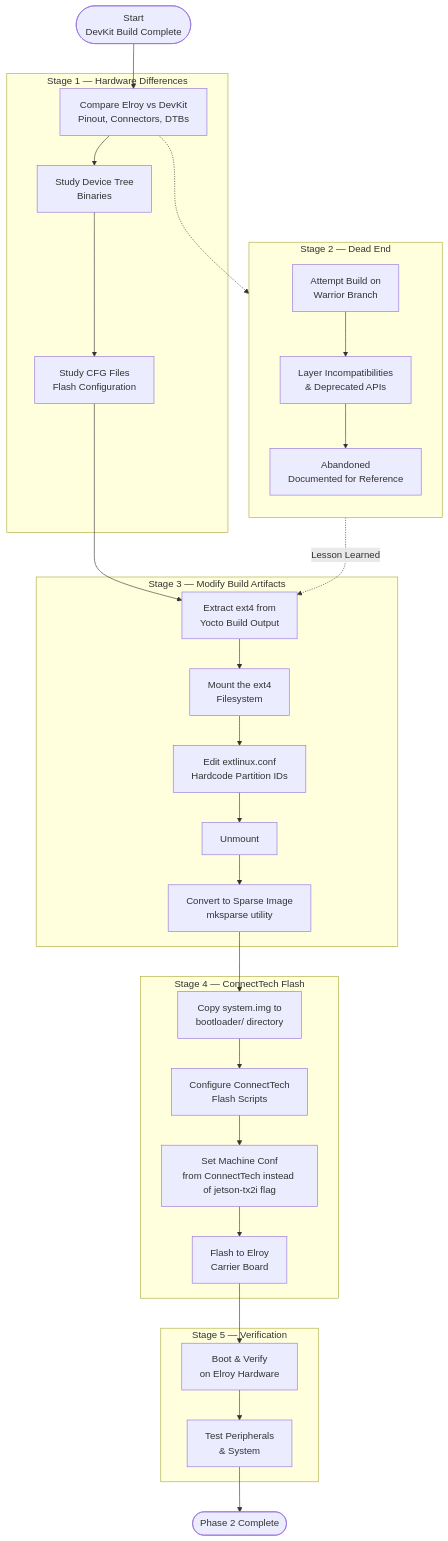
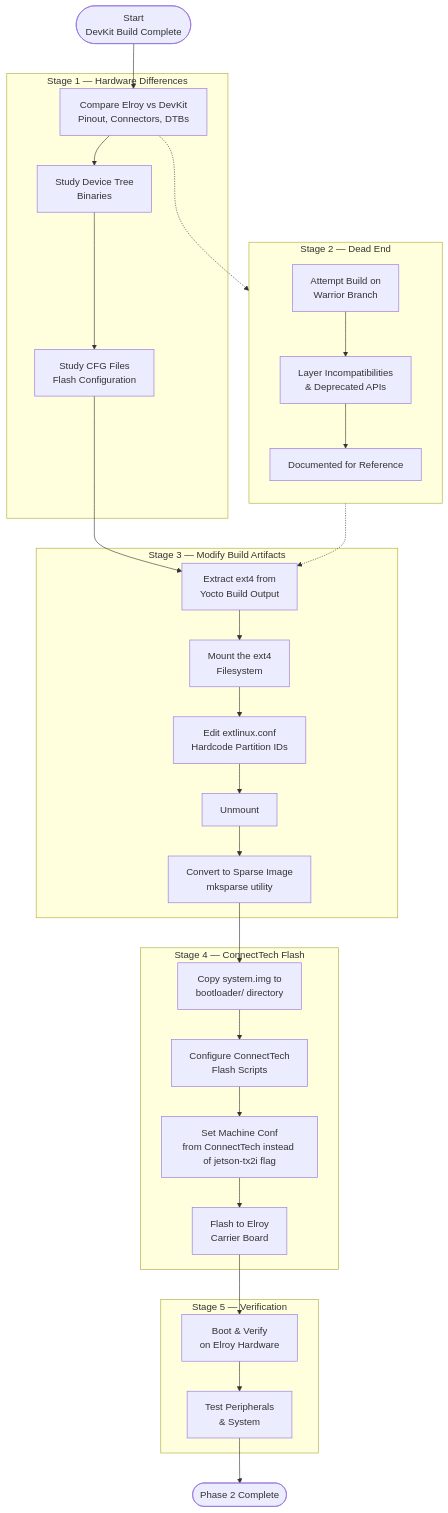
Before and after one commit to ajaymrk95/yocto-project-build-docs: the diagram in docs/phase2/index.md, drawn with Mermaid. The commit also changed other lines of this file and 14 other files, not shown here.

````diff
--- a/docs/phase2/index.md
+++ b/docs/phase2/index.md
@@ -29,42 +38,42 @@
-```mermaid
+<pre class="mermaid">
 flowchart TD
     START(["Start\nDevKit Build Complete"]) --> STUDY
 
     subgraph S1["Stage 1 — Hardware Differences"]
         STUDY["Compare Elroy vs DevKit\nPinout, Connectors, DTBs"]
         STUDY --> DTB["Study Device Tree\nBinaries"]
         DTB --> CFG["Study CFG Files\nFlash Configuration"]
     end
 
     subgraph S2["Stage 2 — Dead End"]
         direction TB
         WAR["Attempt Build on\nWarrior Branch"]
         WAR --> WAR_FAIL["Layer Incompatibilities\n& Deprecated APIs"]
-        WAR_FAIL --> WAR_ABANDON["Abandoned\nDocumented for Reference"]
+        WAR_FAIL --> WAR_ABANDON["Documented for Reference"]
     end
 
     subgraph S3["Stage 3 — Modify Build Artifacts"]
         CFG --> EXTRACT["Extract ext4 from\nYocto Build Output"]
         EXTRACT --> MOUNT["Mount the ext4\nFilesystem"]
         MOUNT --> EDIT["Edit extlinux.conf\nHardcode Partition IDs"]
         EDIT --> UNMOUNT["Unmount"]
         UNMOUNT --> SPARSE["Convert to Sparse Image\nmksparse utility"]
     end
 
     subgraph S4["Stage 4 — ConnectTech Flash"]
         SPARSE --> COPY["Copy system.img to\nbootloader/ directory"]
         COPY --> SCRIPTS["Configure ConnectTech\nFlash Scripts"]
         SCRIPTS --> MACHINE_CONF["Set Machine Conf\nfrom ConnectTech instead of jetson-tx2i flag"]
         MACHINE_CONF --> FLASH["Flash to Elroy\nCarrier Board"]
     end
 
     subgraph S5["Stage 5 — Verification"]
         FLASH --> BOOT["Boot & Verify\non Elroy Hardware"]
         BOOT --> TEST["Test Peripherals\n& System"]
     end
 
     STUDY -.-> WAR
-    WAR_ABANDON -.->|"Lesson Learned"| EXTRACT
+    WAR_ABANDON -.-> EXTRACT
 
     TEST --> DONE(["Phase 2 Complete"])
-```
+</pre>
````
